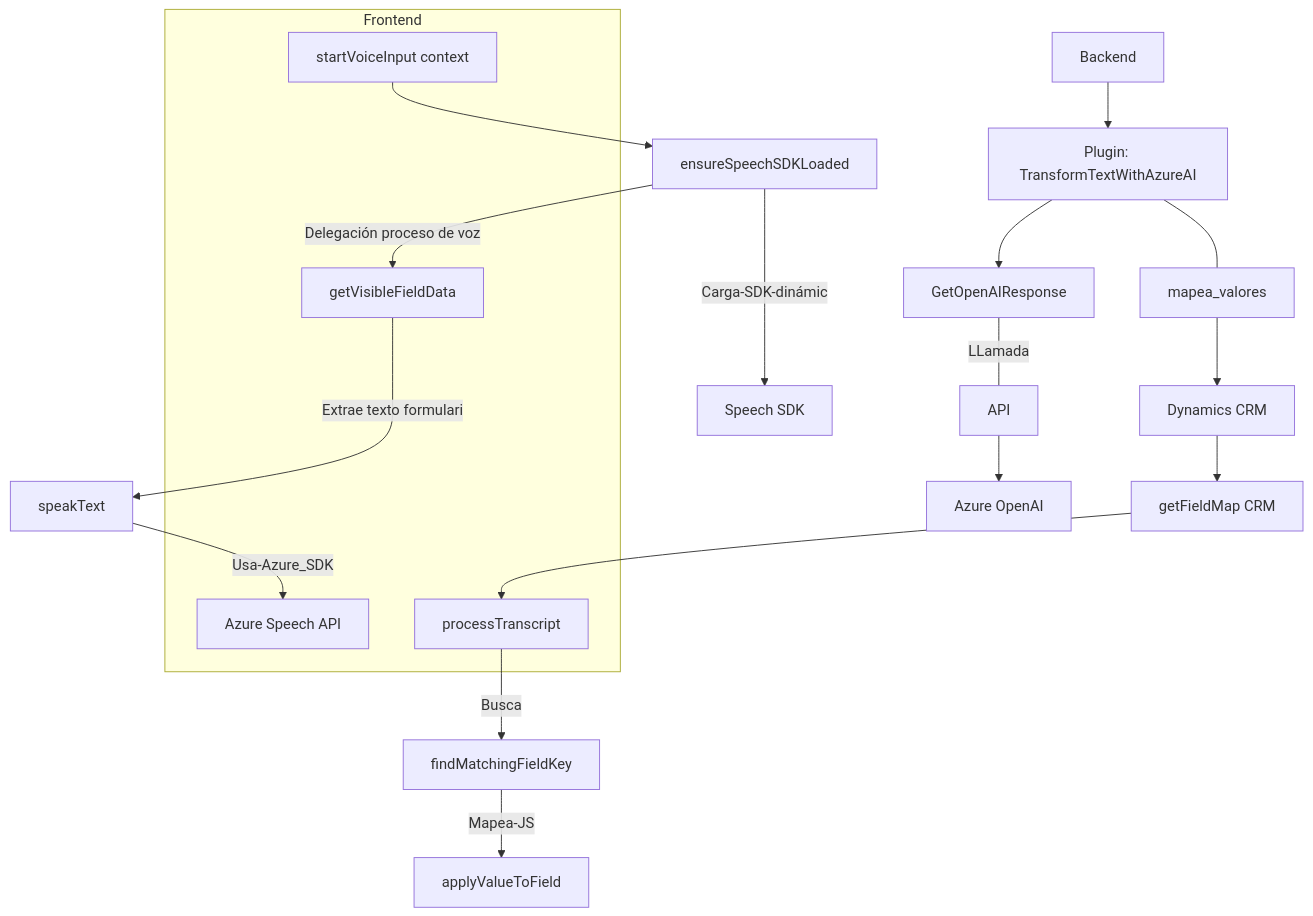
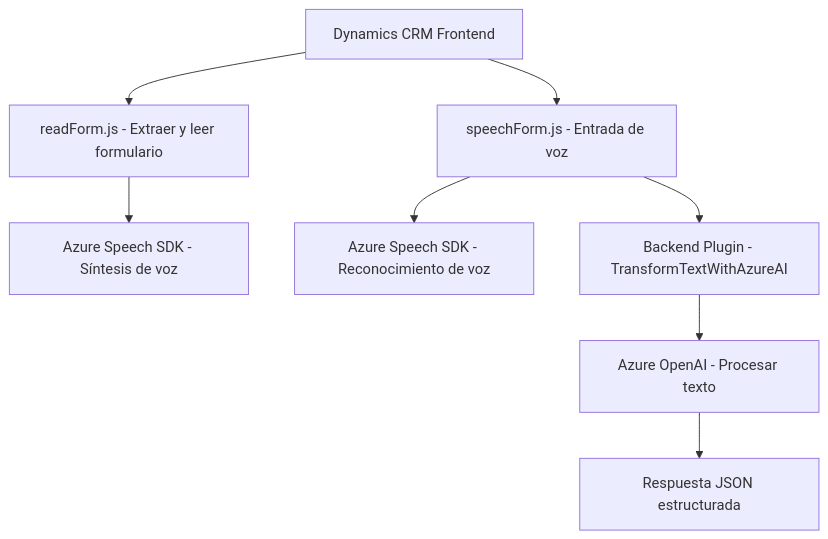
One commit to blopezdm/NETCORE_BILBAO2025 changed the diagram in README.md. Above: the diagram before and after it, drawn with Mermaid. The commit also changed other lines of this file, not shown here.

````diff
--- a/README.md
+++ b/README.md
@@ -52,26 +42,10 @@
 ```mermaid
 graph TD
-    A[startVoiceInput context] -->B["ensureSpeechSDKLoaded"]
-    B--Carga-SDK-dinámico-->C["Speech SDK"]
-    B--Delegación proceso de voz-->D[getVisibleFieldData]
-    D--Extrae texto formulario-->E[speakText]
-    E--Usa-Azure_SDK-->F["Azure Speech API"]
-
-    G[getFieldMap CRM] -->H[processTranscript]
-    H--Busca-->I[findMatchingFieldKey]
-    I--Mapea-JS-->J[applyValueToField]
-
-    K[Plugin: TransformTextWithAzureAI] -->L[GetOpenAIResponse]
-    L--LLamada---API-->M["Azure OpenAI"]
-
-    subgraph Frontend
-    A
-    F
-    D
-    H
-    end
-    
-    Backend -->K
-    K---mapea_valores-->N["Dynamics CRM"]
-    N-->G
+    A["Dynamics CRM Frontend"] --> B["readForm.js - Extraer y leer formulario"]
+    A --> C["speechForm.js - Entrada de voz"]
+    B --> D["Azure Speech SDK - Síntesis de voz"]
+    C --> E["Azure Speech SDK - Reconocimiento de voz"]
+    C --> F["Backend Plugin - TransformTextWithAzureAI"]
+    F --> G["Azure OpenAI - Procesar texto"]
+    G --> H["Respuesta JSON estructurada"]
 ```
````
